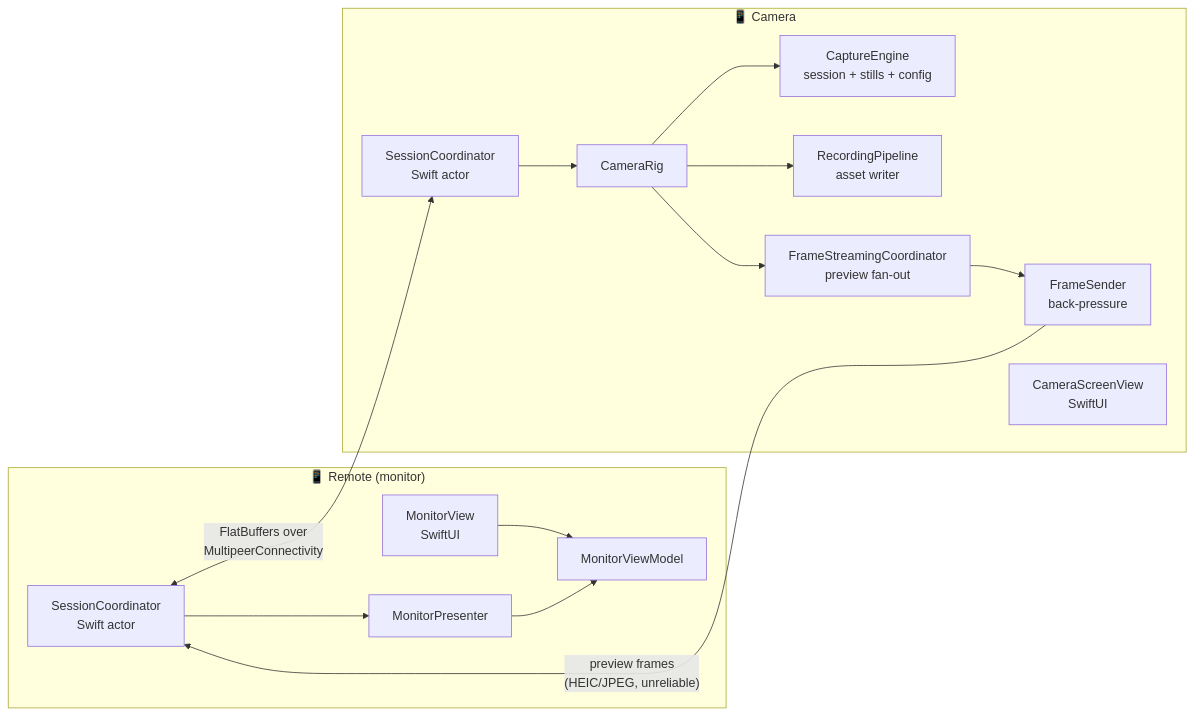
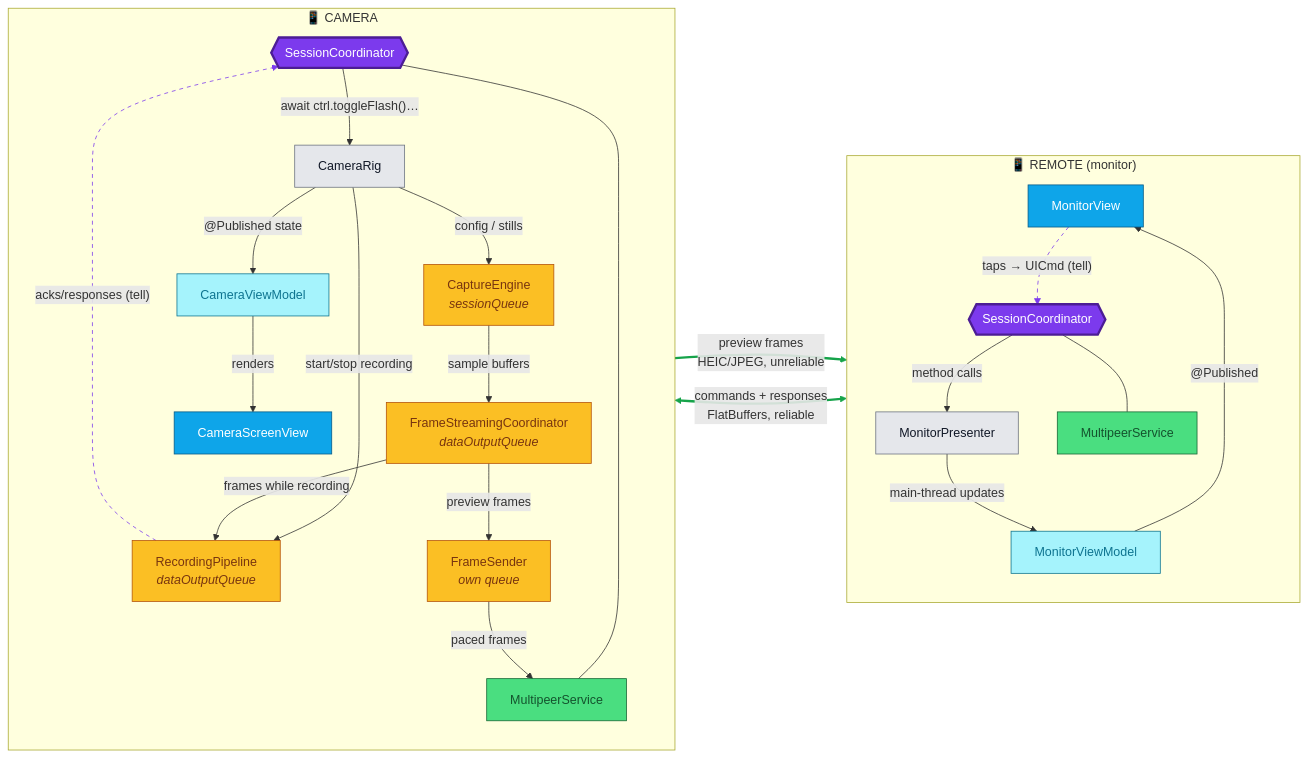
One commit to security-union/remote-shutter changed the first of 2 diagrams in Docs/ARCHITECTURE.md. Above: the diagram before and after it, drawn with Mermaid. The commit also changed other lines of this file, not shown here.

Commit message:
Color-code the architecture diagram by component kind and transport
Boxes classified: purple hexagons for Swift actors, amber for
queue-confined workers (with their owning queue named), blue for SwiftUI
views, cyan for view models, green for transport, gray for plain classes.
Lines distinguish the MultipeerConnectivity radio (thick green) from
messages into the actor inbox (dashed purple) and direct method calls
(thin). CameraScreenView/CameraViewModel are now wired into the camera
side; legend included.

````diff
--- a/Docs/ARCHITECTURE.md
+++ b/Docs/ARCHITECTURE.md
@@ -11,20 +11,55 @@
 ```mermaid
 flowchart LR
-    subgraph Remote["📱 Remote (monitor)"]
-        MV[MonitorView<br/>SwiftUI] --> MVM[MonitorViewModel]
-        MP[MonitorPresenter] --> MVM
-        SC1[SessionCoordinator<br/>Swift actor] --> MP
+    classDef actor fill:#7c3aed,color:#fff,stroke:#4c1d95,stroke-width:3px
+    classDef swiftui fill:#0ea5e9,color:#fff,stroke:#075985
+    classDef viewmodel fill:#a5f3fc,color:#0e7490,stroke:#0e7490
+    classDef worker fill:#fbbf24,color:#78350f,stroke:#b45309
+    classDef plain fill:#e5e7eb,color:#111827,stroke:#6b7280
+    classDef transport fill:#4ade80,color:#14532d,stroke:#166534
+
+    subgraph Remote["📱 REMOTE (monitor)"]
+        direction TB
+        MView["MonitorView"]:::swiftui
+        MVM["MonitorViewModel"]:::viewmodel
+        MPres["MonitorPresenter"]:::plain
+        SC1{{"SessionCoordinator"}}:::actor
+        MPS1["MultipeerService"]:::transport
+
+        MView -. "taps → UICmd (tell)" .-> SC1
+        SC1 -- "method calls" --> MPres
+        MPres -- "main-thread updates" --> MVM
+        MVM -- "@Published" --> MView
+        SC1 --- MPS1
     end
 
-    subgraph Camera["📱 Camera"]
-        SC2[SessionCoordinator<br/>Swift actor] --> RIG[CameraRig]
-        RIG --> ENG[CaptureEngine<br/>session + stills + config]
-        RIG --> PIPE[RecordingPipeline<br/>asset writer]
-        RIG --> STREAM[FrameStreamingCoordinator<br/>preview fan-out]
-        STREAM --> FS[FrameSender<br/>back-pressure]
-        CS[CameraScreenView<br/>SwiftUI]
+    subgraph Camera["📱 CAMERA"]
+        direction TB
+        SC2{{"SessionCoordinator"}}:::actor
+        RIG["CameraRig"]:::plain
+        ENG["CaptureEngine<br/><i>sessionQueue</i>"]:::worker
+        PIPE["RecordingPipeline<br/><i>dataOutputQueue</i>"]:::worker
+        STR["FrameStreamingCoordinator<br/><i>dataOutputQueue</i>"]:::worker
+        FSND["FrameSender<br/><i>own queue</i>"]:::worker
+        CVM["CameraViewModel"]:::viewmodel
+        CSV["CameraScreenView"]:::swiftui
+        MPS2["MultipeerService"]:::transport
+
+        SC2 -- "await ctrl.toggleFlash()…" --> RIG
+        RIG -- "config / stills" --> ENG
+        RIG -- "start/stop recording" --> PIPE
+        ENG -- "sample buffers" --> STR
+        STR -- "frames while recording" --> PIPE
+        STR -- "preview frames" --> FSND
+        PIPE -. "acks/responses (tell)" .-> SC2
+        RIG -- "@Published state" --> CVM
+        CVM -- "renders" --> CSV
+        SC2 --- MPS2
+        FSND -- "paced frames" --> MPS2
     end
 
-    SC1 <-- "FlatBuffers over<br/>MultipeerConnectivity" --> SC2
-    FS -- "preview frames<br/>(HEIC/JPEG, unreliable)" --> SC1
+    MPS1 <== "commands + responses<br/>FlatBuffers, reliable" ==> MPS2
+    MPS2 == "preview frames<br/>HEIC/JPEG, unreliable" ==> MPS1
+
+    linkStyle 16,17 stroke:#16a34a,stroke-width:3px
+    linkStyle 0,11 stroke:#7c3aed,stroke-dasharray:5
 ```
````
